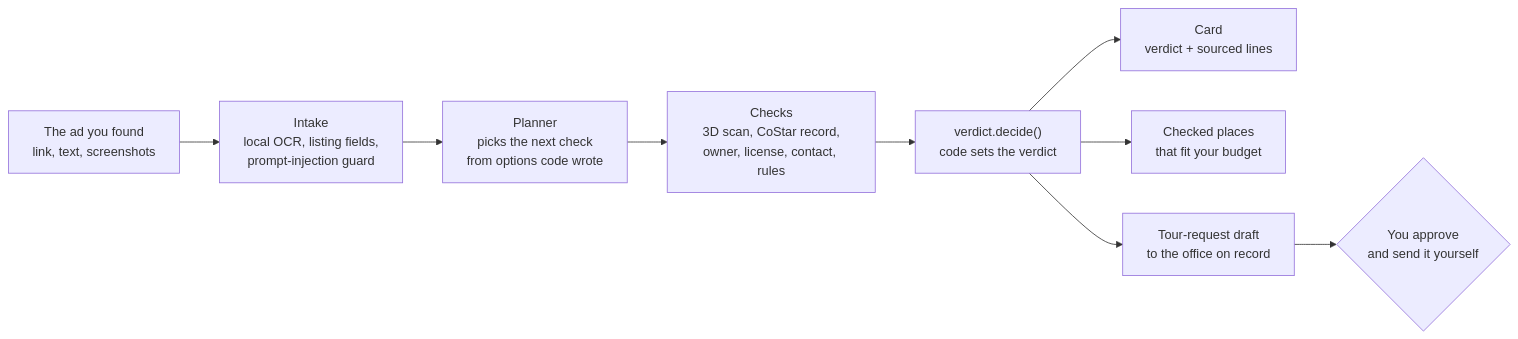
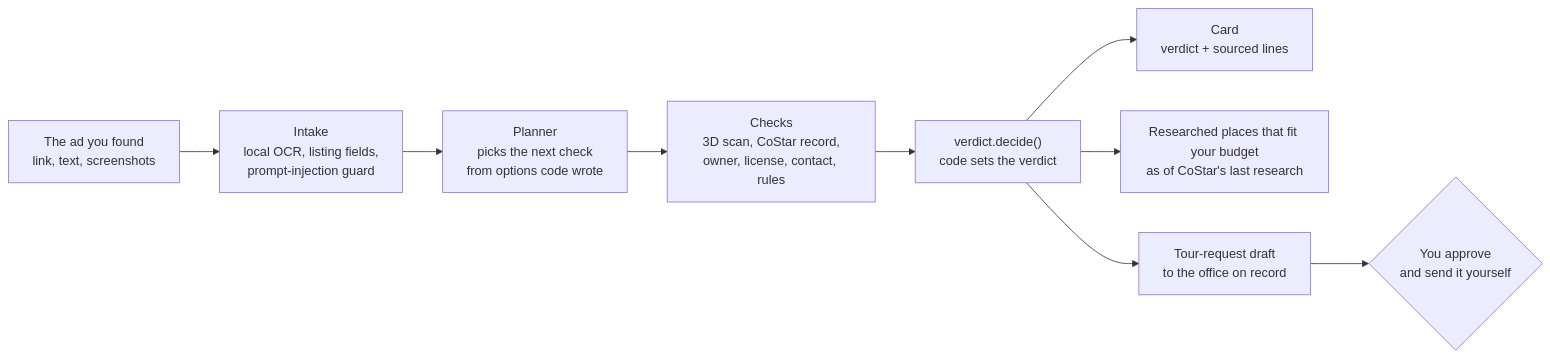
The diagram in README.md (DevSingh05/snapback), drawn with Mermaid before and after one commit. The commit also changed other lines of this file, not shown here.

Commit message:
docs: budget places are researched records, not checked; code picks them

````diff
--- a/README.md
+++ b/README.md
@@ -67,11 +67,11 @@
 ```mermaid
 flowchart LR
     ad["The ad you found<br/>link, text, screenshots"] --> intake["Intake<br/>local OCR, listing fields,<br/>prompt-injection guard"]
     intake --> planner["Planner<br/>picks the next check<br/>from options code wrote"]
     planner --> checks["Checks<br/>3D scan, CoStar record,<br/>owner, license, contact, rules"]
     checks --> decide["verdict.decide()<br/>code sets the verdict"]
     decide --> card["Card<br/>verdict + sourced lines"]
-    decide --> places["Checked places<br/>that fit your budget"]
+    decide --> places["Researched places that fit your budget<br/>as of CoStar's last research"]
     decide --> draft["Tour-request draft<br/>to the office on record"]
     draft --> you{"You approve<br/>and send it yourself"}
 ```
````
